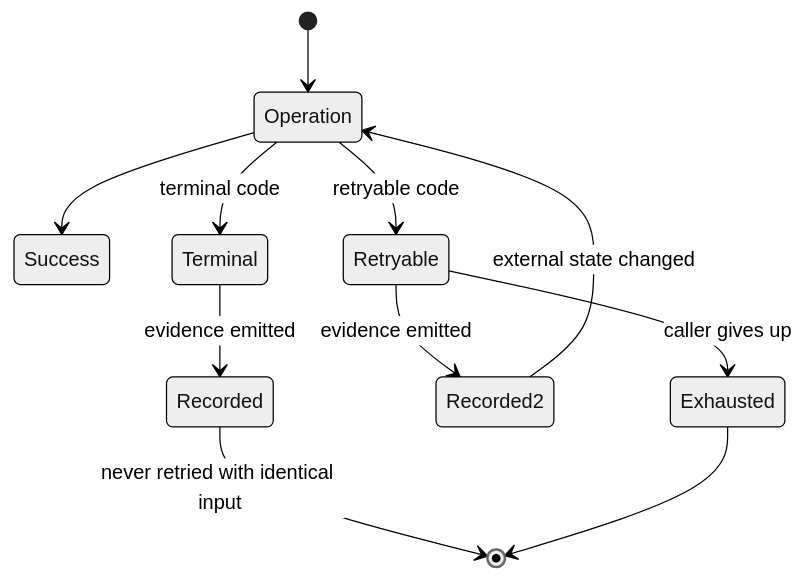
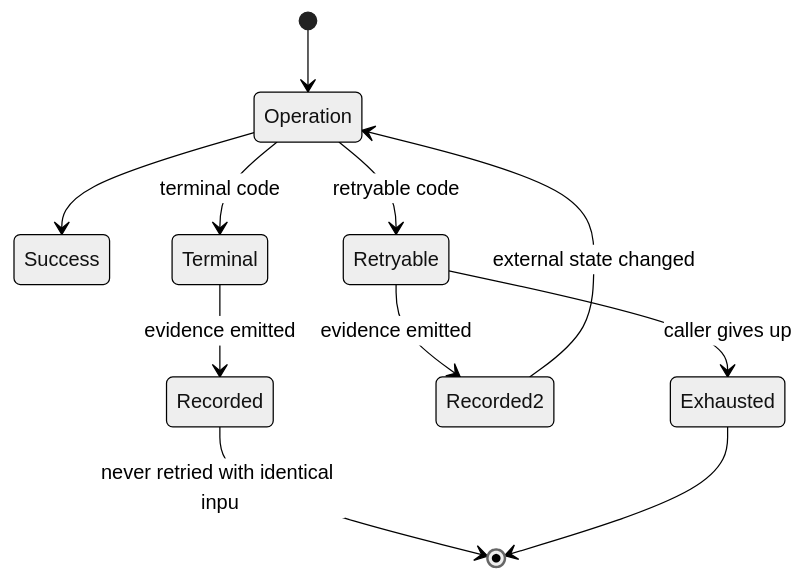
One commit to Rifat-Hossain49/July_hackathon changed the fifth of 5 diagrams in M1_SCOPE_FREEZE.md. Above: the diagram before and after it, drawn with Mermaid (neutral theme). The commit also changed other lines of this file and 13 other files, not shown here.

````diff
--- a/M1_SCOPE_FREEZE.md
+++ b/M1_SCOPE_FREEZE.md
@@ -521,13 +521,13 @@
 ```mermaid
 stateDiagram-v2
   [*] --> Operation
   Operation --> Success
   Operation --> Terminal: terminal code
   Operation --> Retryable: retryable code
   Terminal --> Recorded: evidence emitted
-  Recorded --> [*]: never retried with identical input
+  Recorded --> [*]: never retried with identical inpu
   Retryable --> Recorded2: evidence emitted
   Recorded2 --> Operation: external state changed
   Retryable --> Exhausted: caller gives up
   Exhausted --> [*]
 ```
````
